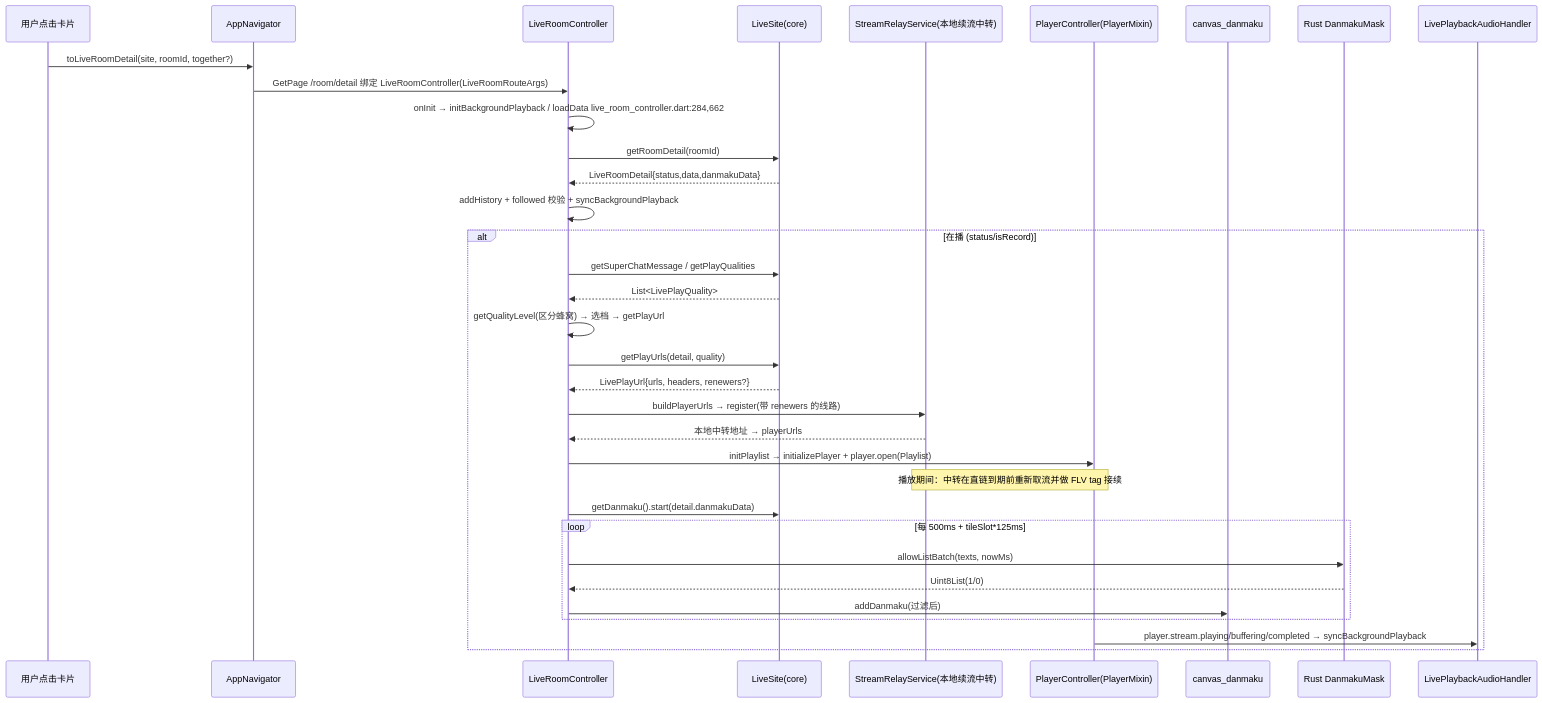
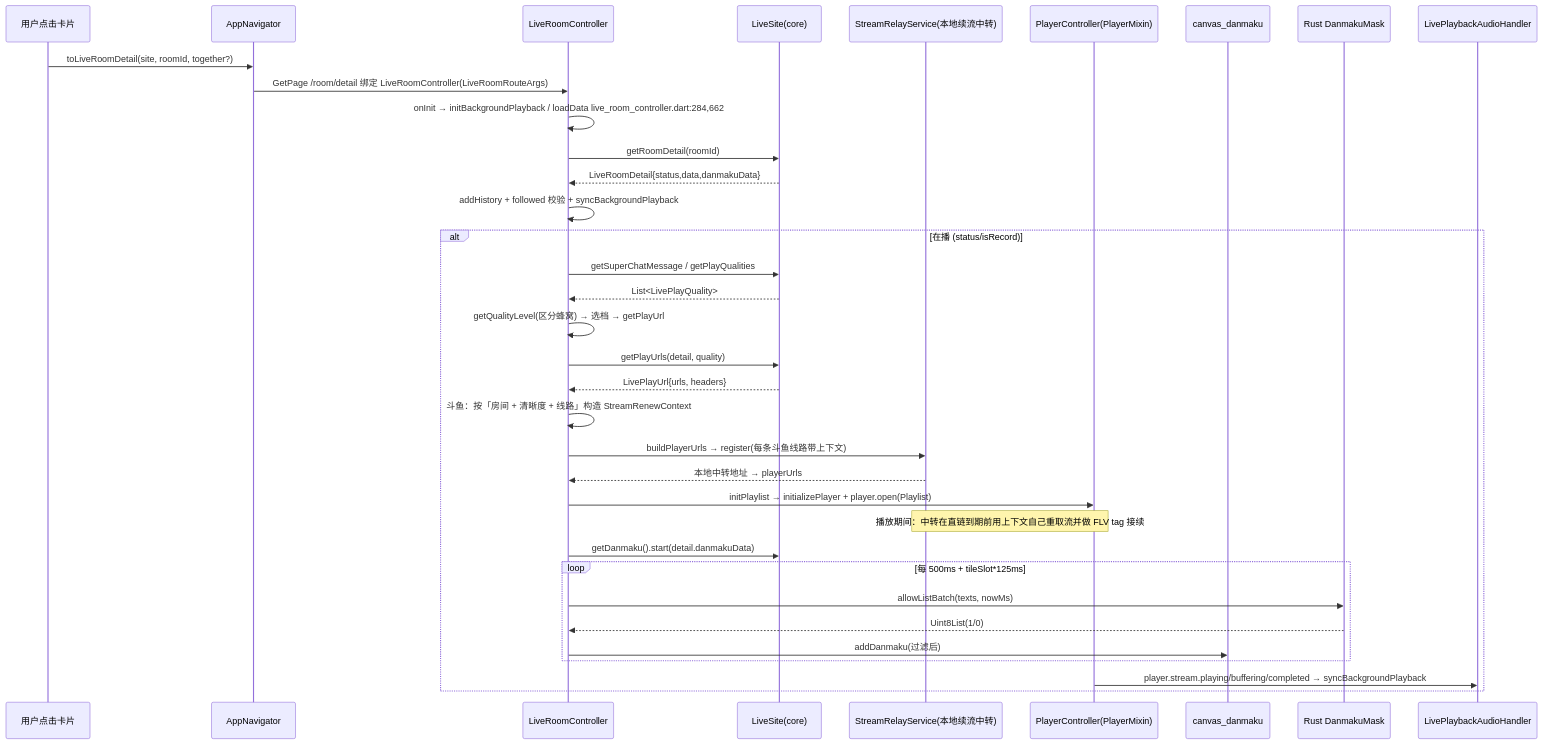
The fourth of 9 diagrams in simple_live_app/doc/workflow-diagram.md (gaoxing64/dart_simple_live), drawn with Mermaid before and after one commit. The commit also changed other lines of this file and 8 other files, not shown here.

````diff
--- a/simple_live_app/doc/workflow-diagram.md
+++ b/simple_live_app/doc/workflow-diagram.md
@@ -104,37 +105,38 @@
 ```mermaid
 sequenceDiagram
     participant U as 用户点击卡片
     participant Nav as AppNavigator
     participant LC as LiveRoomController
     participant S as LiveSite(core)
     participant RA as StreamRelayService(本地续流中转)
     participant PC as PlayerController(PlayerMixin)
     participant DM as canvas_danmaku
     participant RK as Rust DanmakuMask
     participant BG as LivePlaybackAudioHandler
 
     U->>Nav: toLiveRoomDetail(site, roomId, together?)
     Nav->>LC: GetPage /room/detail 绑定 LiveRoomController(LiveRoomRouteArgs)
     LC->>LC: onInit → initBackgroundPlayback / loadData  live_room_controller.dart:284,662
     LC->>S: getRoomDetail(roomId)
     S-->>LC: LiveRoomDetail{status,data,danmakuData}
     LC->>LC: addHistory + followed 校验 + syncBackgroundPlayback
     alt 在播 (status/isRecord)
         LC->>S: getSuperChatMessage / getPlayQualities
         S-->>LC: List<LivePlayQuality>
         LC->>LC: getQualityLevel(区分蜂窝) → 选档 → getPlayUrl
         LC->>S: getPlayUrls(detail, quality)
-        S-->>LC: LivePlayUrl{urls, headers, renewers?}
-        LC->>RA: buildPlayerUrls → register(带 renewers 的线路)
+        S-->>LC: LivePlayUrl{urls, headers}
+        LC->>LC: 斗鱼：按「房间 + 清晰度 + 线路」构造 StreamRenewContext
+        LC->>RA: buildPlayerUrls → register(每条斗鱼线路带上下文)
         RA-->>LC: 本地中转地址 → playerUrls
         LC->>PC: initPlaylist → initializePlayer + player.open(Playlist)
-        Note over RA,PC: 播放期间：中转在直链到期前重新取流并做 FLV tag 接续
+        Note over RA,PC: 播放期间：中转在直链到期前用上下文自己重取流并做 FLV tag 接续
         LC->>S: getDanmaku().start(detail.danmakuData)
         loop 每 500ms + tileSlot*125ms
             LC->>RK: allowListBatch(texts, nowMs)
             RK-->>LC: Uint8List(1/0)
             LC->>DM: addDanmaku(过滤后)
         end
         PC->>BG: player.stream.playing/buffering/completed → syncBackgroundPlayback
     end
 ```
````
